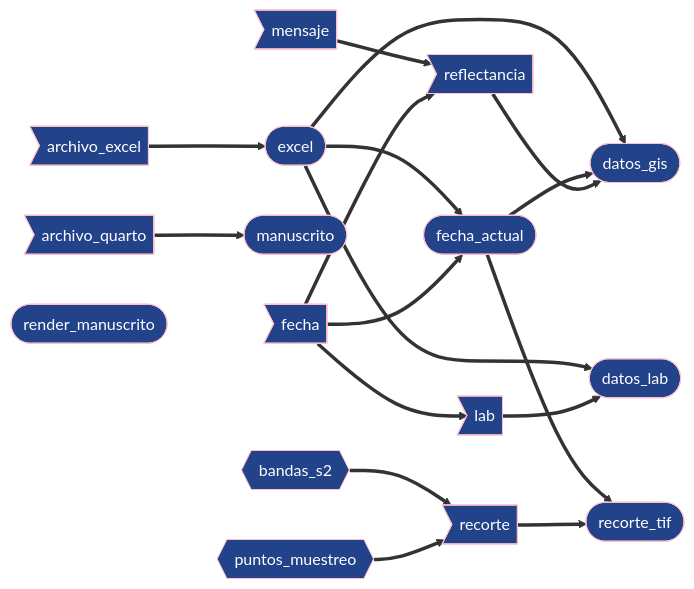
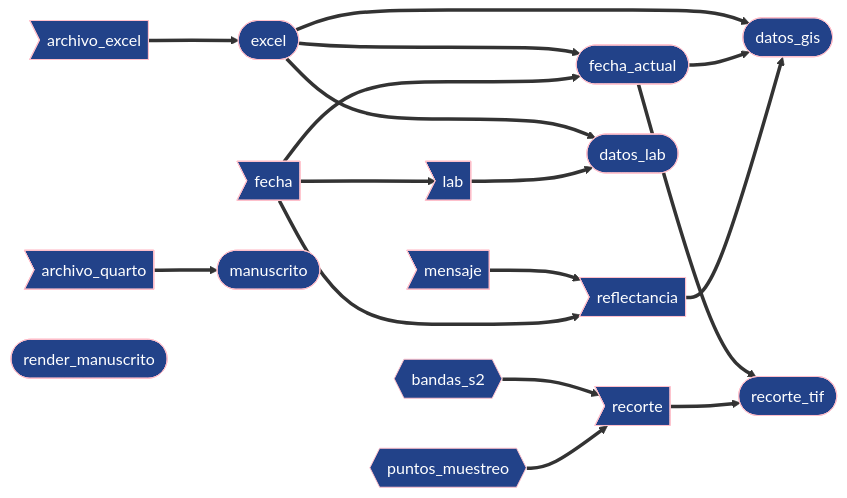
Before and after one commit to vhgauto/seminario2-gulich: the diagram in extras/mermaid.mmd, drawn with Mermaid.

Commit message:
extiendo líneas

```diff
--- a/extras/mermaid.mmd
+++ b/extras/mermaid.mmd
@@ -1,20 +1,20 @@
 graph LR
   x2eb57580dd338e28(["excel"]) ==> x75ae8feee719d1e2(["datos_gis"])
   x27cf98eb0536b3cc(["fecha_actual"]) ==> x75ae8feee719d1e2(["datos_gis"])
   x0dc39fa9e42347ba>"reflectancia"] ==> x75ae8feee719d1e2(["datos_gis"])
   x2eb57580dd338e28(["excel"]) ==> x1a91c1978c7a143b(["datos_lab"])
   x38637a02f9b83fc8>"lab"] ==> x1a91c1978c7a143b(["datos_lab"])
   x29bd13377b9e6171>"archivo_excel"] ==> x2eb57580dd338e28(["excel"])
-  x2eb57580dd338e28(["excel"]) ==> x27cf98eb0536b3cc(["fecha_actual"])
-  xfabd587be49f2fed>"fecha"] ==> x27cf98eb0536b3cc(["fecha_actual"])
+  x2eb57580dd338e28(["excel"]) ===> x27cf98eb0536b3cc(["fecha_actual"])
+  xfabd587be49f2fed>"fecha"] ===> x27cf98eb0536b3cc(["fecha_actual"])
   xfabd587be49f2fed>"fecha"] ==> x38637a02f9b83fc8>"lab"]
   xc36834a08989fd92>"archivo_quarto"] ==> x0cceab94dc3cb992(["manuscrito"])
   xc856c5bfddbb40a5{{"bandas_s2"}} ==> xc5ec810879cc40ee>"recorte"]
   x9505d3eeeff3a790{{"puntos_muestreo"}} ==> xc5ec810879cc40ee>"recorte"]
   x27cf98eb0536b3cc(["fecha_actual"]) ==> x4b150ba8dbe4203d(["recorte_tif"])
   xc5ec810879cc40ee>"recorte"] ==> x4b150ba8dbe4203d(["recorte_tif"])
   x3d474db92cf09724>"mensaje"] ==> x0dc39fa9e42347ba>"reflectancia"]
   xfabd587be49f2fed>"fecha"] ==> x0dc39fa9e42347ba>"reflectancia"]
   xcac90a77a625823f(["render_manuscrito"])
   
   classDef default stroke:#FFC0CB,color:#FFFFFF,fill:#224289;
```
